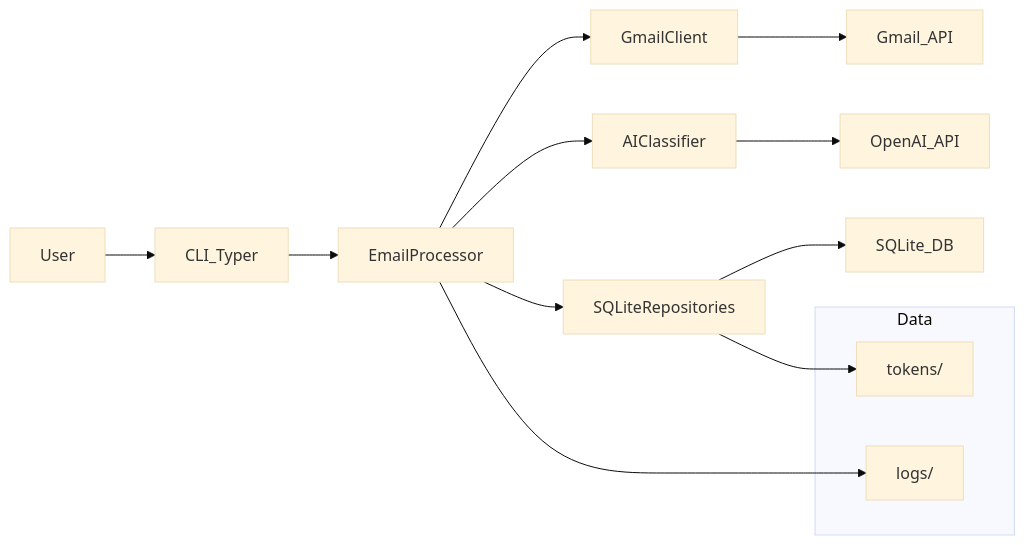
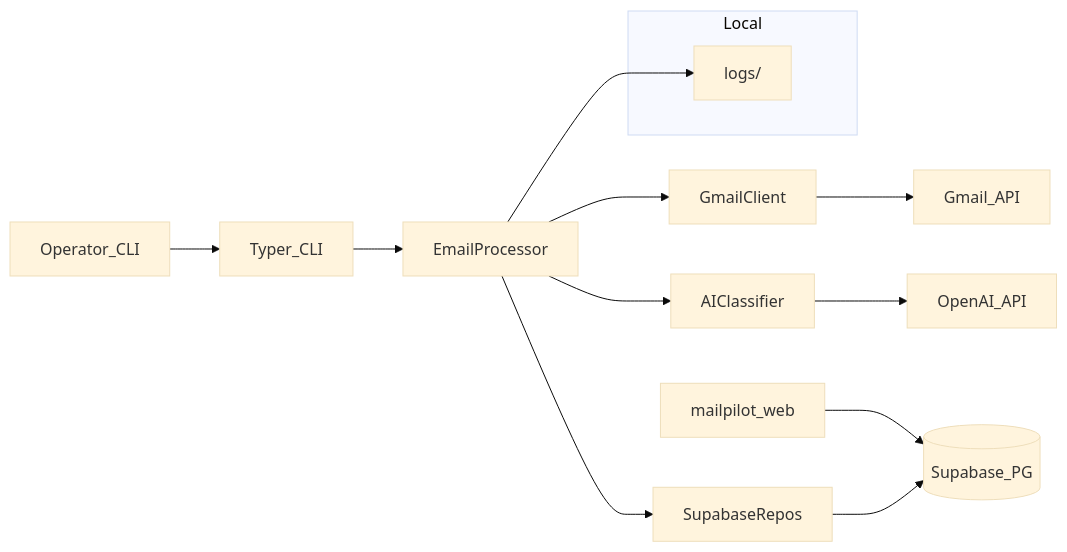
Before and after one commit to justinkemersion/mailpilot-ai: the diagram in mailpilot-runner/README.md, drawn with Mermaid (base theme). The commit also changed other lines of this file and 40 other files, not shown here.

````diff
--- a/mailpilot-runner/README.md
+++ b/mailpilot-runner/README.md
@@ -65,21 +63,20 @@
 ```mermaid
 flowchart LR
-  user[User] --> cli[CLI_Typer]
+  web[mailpilot_web] --> supa[(Supabase_PG)]
+  user[Operator_CLI] --> cli[Typer_CLI]
   cli --> appService[EmailProcessor]
 
   appService --> gmailClient[GmailClient]
   appService --> classifier[AIClassifier]
-  appService --> dbLayer[SQLiteRepositories]
+  appService --> dbLayer[SupabaseRepos]
 
   gmailClient --> gmailAPI[Gmail_API]
   classifier --> openaiAPI[OpenAI_API]
-  dbLayer --> sqliteDB[SQLite_DB]
+  dbLayer --> supa
 
-  subgraph dataDirs[Data]
-    tokensDir[tokens/]
+  subgraph dataDirs[Local]
     logsDir[logs/]
   end
 
   appService --> logsDir
-  dbLayer --> tokensDir
 ```
````
